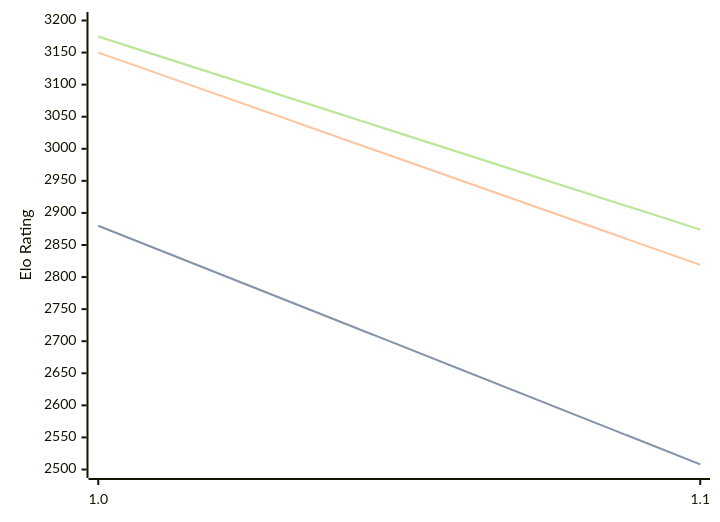
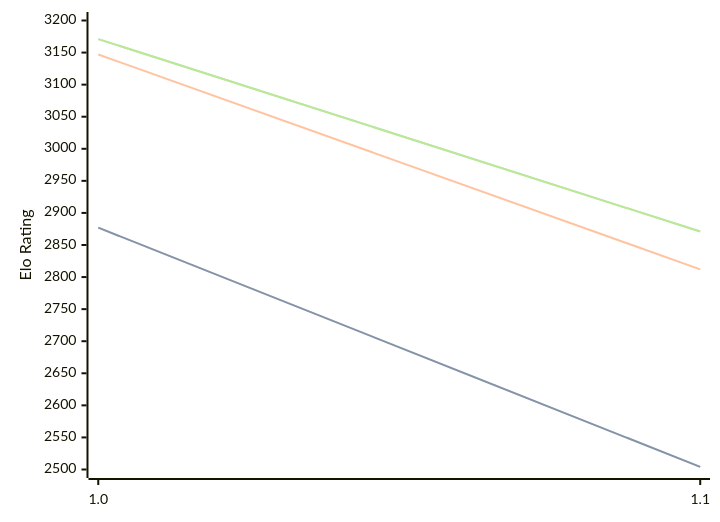
The diagram in engines/Publius.md (computer-chess-index/cci), drawn with Mermaid before and after one commit. The commit also changed other lines of this file, not shown here.

Commit message:
Update CCI Ratings (ELO VLTC) - 2026-03-10

````diff
--- a/engines/Publius.md
+++ b/engines/Publius.md
@@ -30,11 +30,11 @@
 ```mermaid
 %%{init: {"theme":"base","themeVariables":{"seriesColors:['#a3a3a3','#222221','#faa371']}}}%%
 xychart-beta
   x-axis ["1.0", "1.1"]
   y-axis "Elo Rating" 2500 --> 3200
-  line "STC (8.0+0.08s)" [2880, 2508]
-  line "STC (8.0+0.08s)" [2880, 2508]
-  line "LTC (60.0+0.60s)" [3150, 2819]
-  line "VLTC (2m24s+1.12s)" [3175, 2874]
-  line "VLTC (2m24s+1.12s)" [3175, 2874]
+  line "STC (8.0+0.08s)" [2877, 2504]
+  line "STC (8.0+0.08s)" [2877, 2504]
+  line "LTC (60.0+0.60s)" [3147, 2812]
+  line "VLTC (2m24s+1.12s)" [3171, 2871]
+  line "VLTC (2m24s+1.12s)" [3171, 2871]
 ```
````
